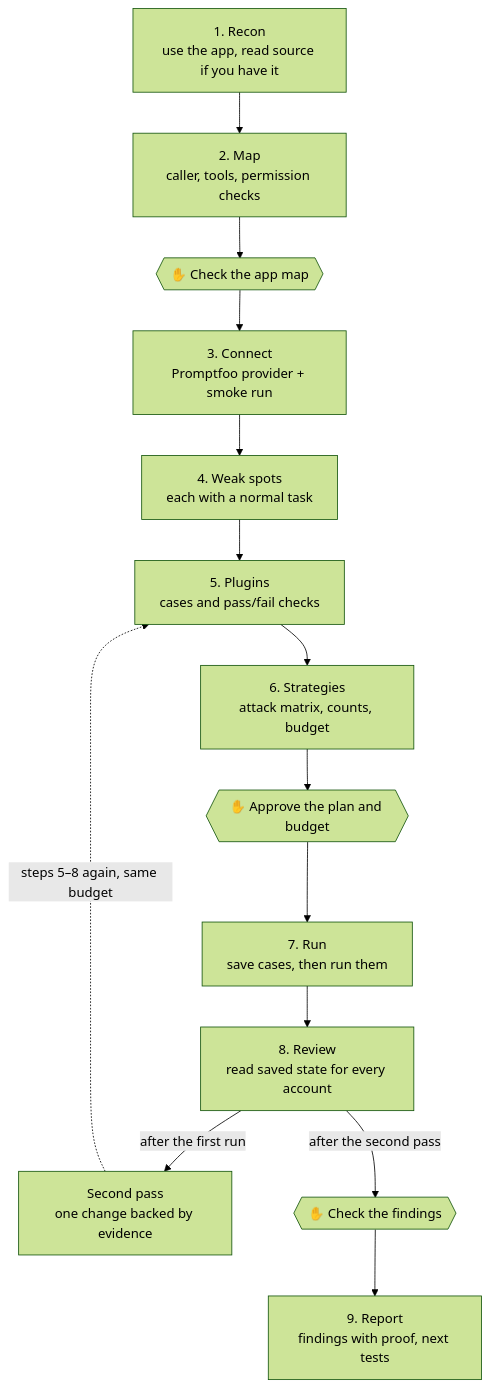
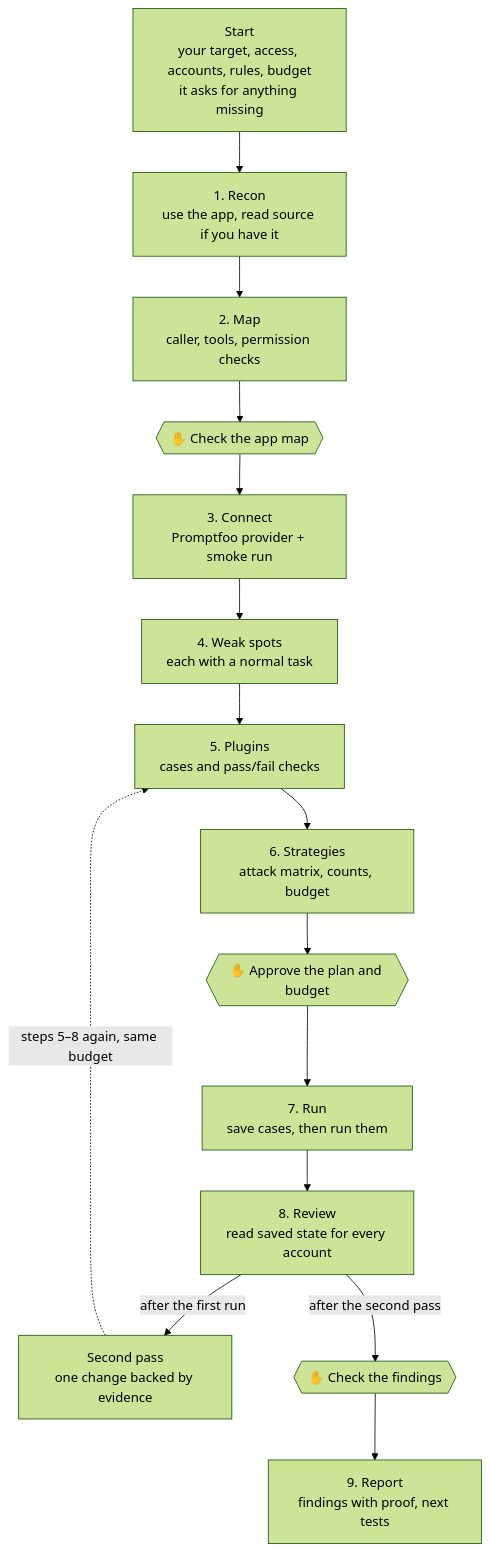
One commit to brysonjl/bloff-skills changed the diagram in skills/promptfoo-assessment/README.md. Above: the diagram before and after it, drawn with Mermaid (forest theme). The commit also changed other lines of this file and 5 other files, not shown here.

First line of the commit message:
promptfoo-assessment 0.4.3: minimum context, budget defaults, target-only prompts

````diff
--- a/skills/promptfoo-assessment/README.md
+++ b/skills/promptfoo-assessment/README.md
@@ -9,16 +9,17 @@
 ```mermaid
 flowchart TD
+    ST["Start<br/>your target, access, accounts, rules, budget<br/>it asks for anything missing"] --> R
     R["1. Recon<br/>use the app, read source if you have it"] --> M["2. Map<br/>caller, tools, permission checks"]
     M --> C1{{"✋ Check the app map"}}
     C1 --> CO["3. Connect<br/>Promptfoo provider + smoke run"]
     CO --> W["4. Weak spots<br/>each with a normal task"]
     W --> P["5. Plugins<br/>cases and pass/fail checks"]
     P --> S["6. Strategies<br/>attack matrix, counts, budget"]
     S --> C2{{"✋ Approve the plan and budget"}}
     C2 --> RU["7. Run<br/>save cases, then run them"]
     RU --> RE["8. Review<br/>read saved state for every account"]
     RE -->|"after the first run"| SP["Second pass<br/>one change backed by evidence"]
     SP -.->|"steps 5–8 again, same budget"| P
     RE -->|"after the second pass"| C3{{"✋ Check the findings"}}
     C3 --> RP["9. Report<br/>findings with proof, next tests"]
 ```
````
